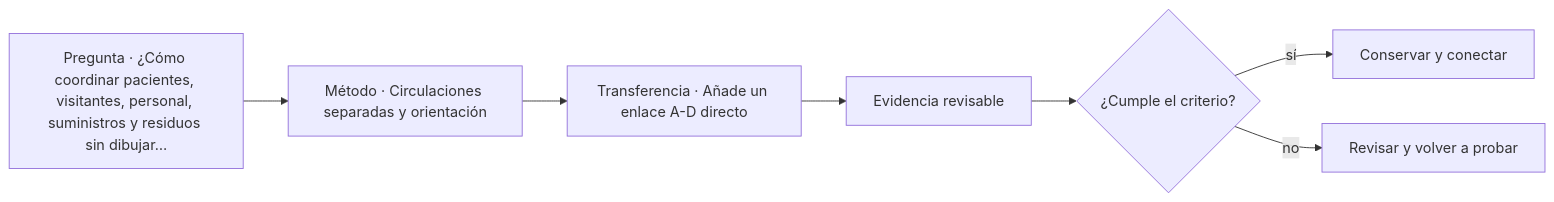
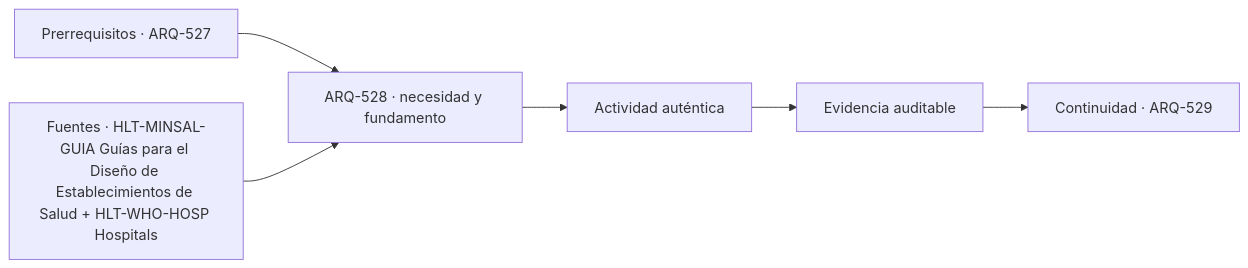
The diagram in classes/parte-53/ARQ-528.md (vladimiracunadev-create/architecture-built-environment-learning-program), drawn with Mermaid before and after one commit. The commit also changed other lines of this file and 761 other files, not shown here.

````diff
--- a/classes/parte-53/ARQ-528.md
+++ b/classes/parte-53/ARQ-528.md
@@ -91,9 +103,8 @@
 ```mermaid
 flowchart LR
-    Q["Pregunta · ¿Cómo coordinar pacientes, visitantes, personal, suministros y residuos sin dibujar…"] --> M["Método · Circulaciones separadas y orientación"]
-    M --> P["Transferencia · Añade un enlace A-D directo"]
-    P --> E["Evidencia revisable"]
-    E --> C{"¿Cumple el criterio?"}
-    C -->|sí| T["Conservar y conectar"]
-    C -->|no| R["Revisar y volver a probar"]
+    A["Prerrequisitos · ARQ-527"] --> B["ARQ-528 · necesidad y fundamento"]
+    S["Fuentes · HLT-MINSAL-GUIA Guías para el Diseño de Establecimientos de Salud + HLT-WHO-HOSP Hospitals"] --> B
+    B --> C["Actividad auténtica"]
+    C --> D["Evidencia auditable"]
+    D --> E["Continuidad · ARQ-529"]
 ```
````
